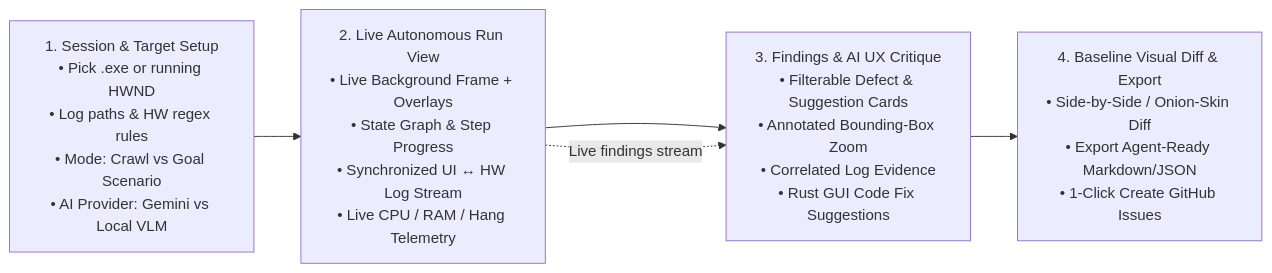
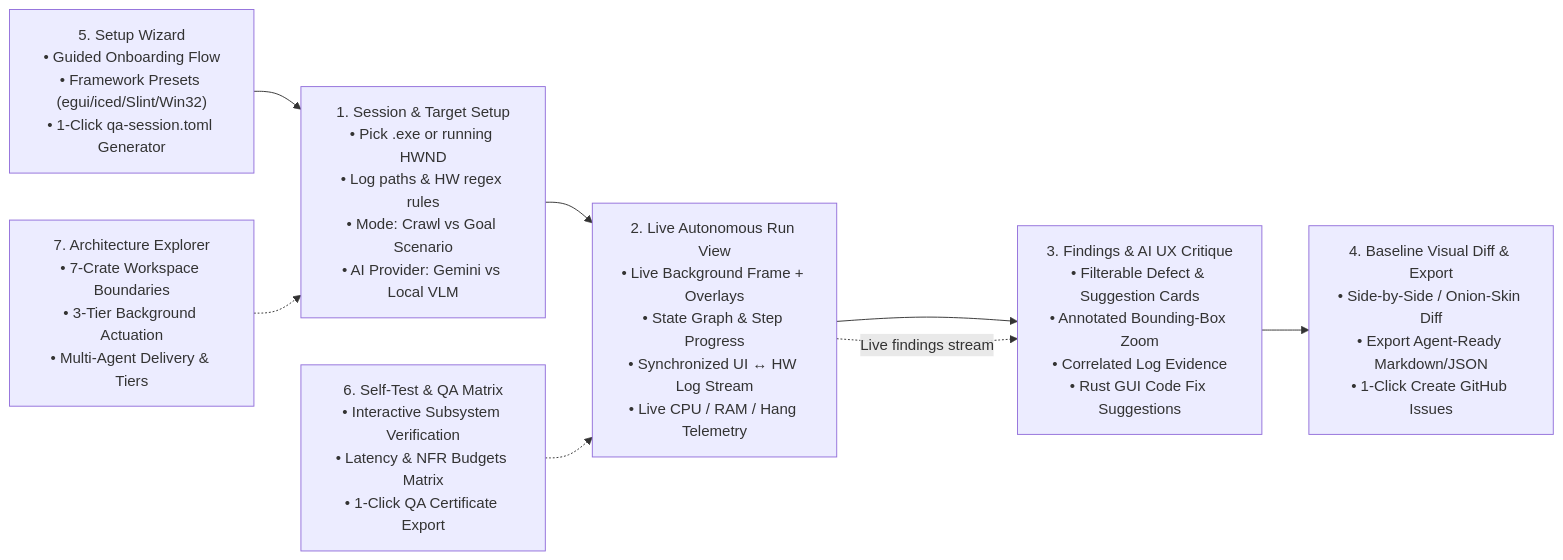
The diagram in docs/04-ux.md (dooperdrew/ui-qa-tester), drawn with Mermaid before and after one commit. The commit also changed 24 other files, not shown here.

Commit message:
feat(release): v0.2.0 — UX onboarding wizard, responsive dashboard, self-test QA matrix & architecture explorer

````diff
--- a/docs/04-ux.md
+++ b/docs/04-ux.md
@@ -12,10 +12,16 @@
 ```mermaid
 flowchart LR
     S1["1. Session & Target Setup<br/>• Pick .exe or running HWND<br/>• Log paths & HW regex rules<br/>• Mode: Crawl vs Goal Scenario<br/>• AI Provider: Gemini vs Local VLM"]
     S2["2. Live Autonomous Run View<br/>• Live Background Frame + Overlays<br/>• State Graph & Step Progress<br/>• Synchronized UI ↔ HW Log Stream<br/>• Live CPU / RAM / Hang Telemetry"]
     S3["3. Findings & AI UX Critique<br/>• Filterable Defect & Suggestion Cards<br/>• Annotated Bounding-Box Zoom<br/>• Correlated Log Evidence<br/>• Rust GUI Code Fix Suggestions"]
     S4["4. Baseline Visual Diff & Export<br/>• Side-by-Side / Onion-Skin Diff<br/>• Export Agent-Ready Markdown/JSON<br/>• 1-Click Create GitHub Issues"]
+    S5["5. Setup Wizard<br/>• Guided Onboarding Flow<br/>• Framework Presets (egui/iced/Slint/Win32)<br/>• 1-Click qa-session.toml Generator"]
+    S6["6. Self-Test & QA Matrix<br/>• Interactive Subsystem Verification<br/>• Latency & NFR Budgets Matrix<br/>• 1-Click QA Certificate Export"]
+    S7["7. Architecture Explorer<br/>• 7-Crate Workspace Boundaries<br/>• 3-Tier Background Actuation<br/>• Multi-Agent Delivery & Tiers"]
 
     S1 --> S2 --> S3 --> S4
     S2 -.->|"Live findings stream"| S3
+    S5 --> S1
+    S6 -.-> S2
+    S7 -.-> S1
 ```
````
